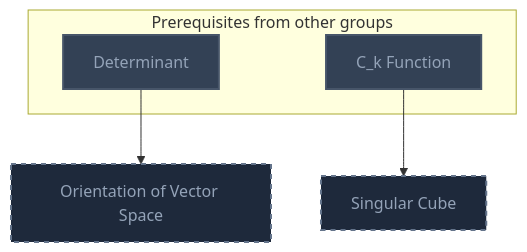
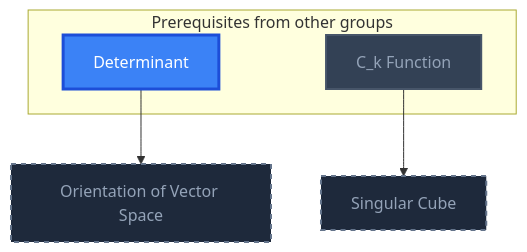
Diagram 20 of 22 in Gamification/Skill Trees/Real Analysis.md (MRauf1/My-Notes), drawn with Mermaid before and after one commit. The commit also changed other lines of this file and 57 other files, not shown here.

````diff
--- a/Gamification/Skill Trees/Real Analysis.md
+++ b/Gamification/Skill Trees/Real Analysis.md
@@ -1435,23 +1438,24 @@
 ```mermaid
 flowchart TD
     classDef planned fill:#1E293B,stroke:#64748B,stroke-width:2px,stroke-dasharray:5 5,color:#94A3B8;
     classDef locked fill:#334155,stroke:#475569,stroke-width:2px,color:#94A3B8;
     classDef L0 fill:#F1F5F9,stroke:#94A3B8,stroke-width:2px,color:#000000;
     classDef L1 fill:#22C55E,stroke:#15803D,stroke-width:2px,color:#000000;
     classDef L2 fill:#3B82F6,stroke:#1D4ED8,stroke-width:3px,color:#FFFFFF;
     classDef L3 fill:#A855F7,stroke:#6B21A8,stroke-width:3px,color:#FFFFFF,font-weight:bold;
     classDef L4 fill:#F97316,stroke:#C2410C,stroke-width:4px,color:#000000,font-weight:bold;
     classDef L5 fill:#FFD700,stroke:#FF8C00,stroke-width:5px,color:#000000,font-weight:bold;
     classDef rusty stroke:#8B4513,stroke-width:4px,stroke-dasharray:3 3;
     subgraph sg_prereqs["Prerequisites from other groups"]
         n_determinant["Determinant"]
         n_c_k_function["C_k Function"]
     end
     n_orientation_of_vector_space["Orientation of Vector Space"]
     n_singular_cube["Singular Cube"]
     n_determinant --> n_orientation_of_vector_space
     n_c_k_function --> n_singular_cube
     class n_orientation_of_vector_space,n_singular_cube planned;
-    class n_determinant,n_c_k_function locked;
+    class n_c_k_function locked;
+    class n_determinant L2;
     class n_determinant,n_c_k_function internal-link;
 ```
````
